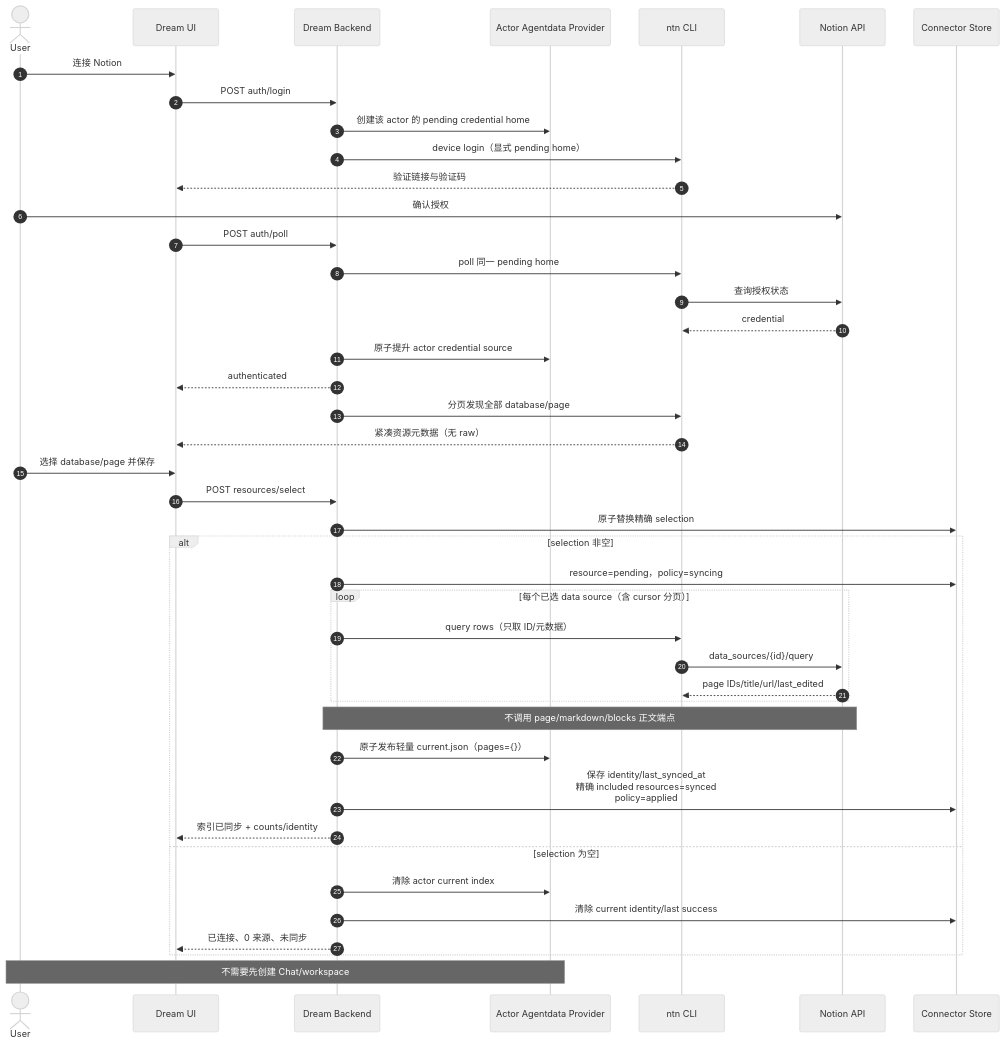
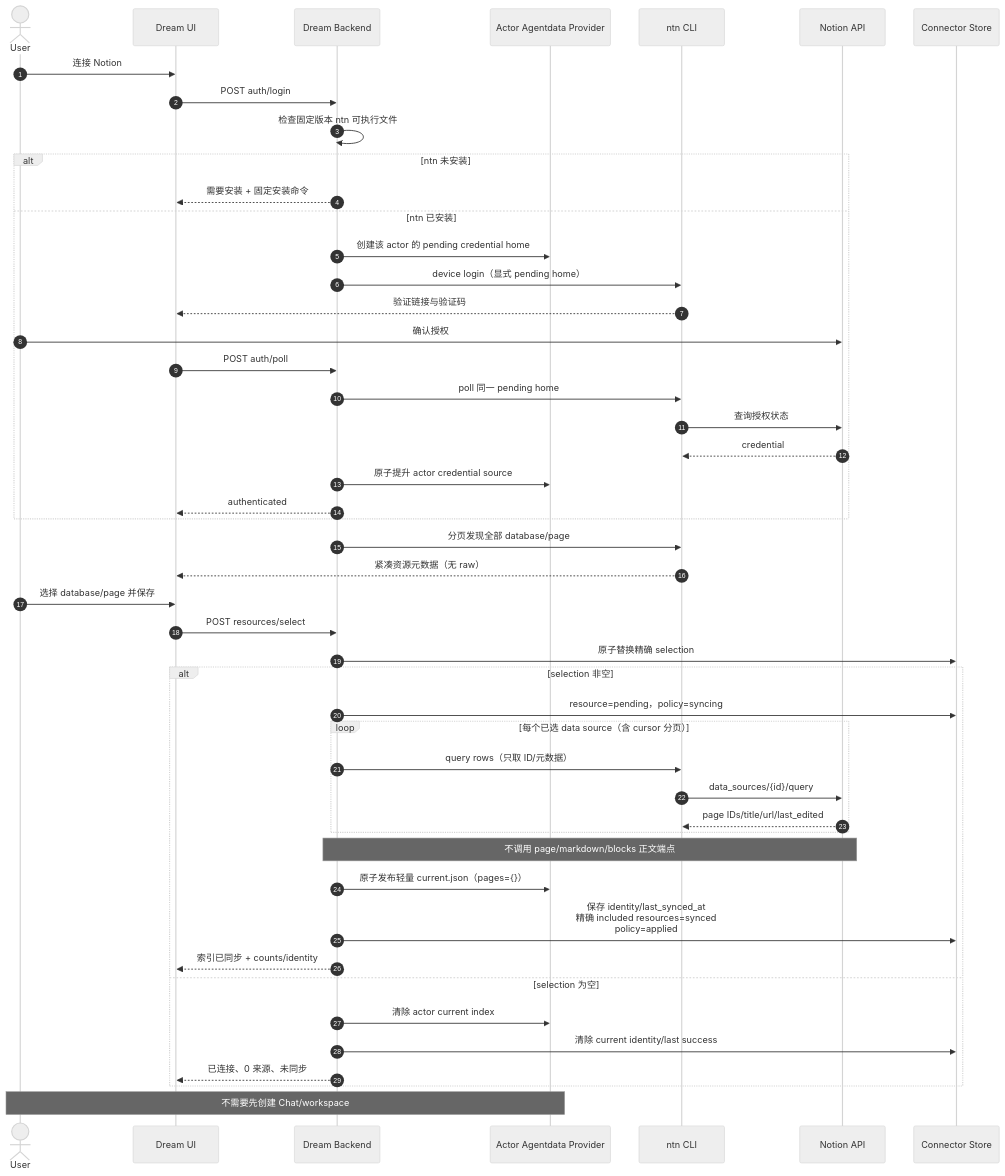
Before and after one commit to glide-the/im-dream: the first of 3 diagrams in docs/design/notion-session/runtime-credential-and-skill-sequence.md, drawn with Mermaid (neutral theme). The commit also changed other lines of this file and 44 other files, not shown here.

````diff
--- a/docs/design/notion-session/runtime-credential-and-skill-sequence.md
+++ b/docs/design/notion-session/runtime-credential-and-skill-sequence.md
@@ -11,47 +13,52 @@
 ```mermaid
 sequenceDiagram
     autonumber
     actor User
     participant UI as Dream UI
     participant Backend as Dream Backend
     participant Provider as Actor Agentdata Provider
     participant CLI as ntn CLI
     participant Notion as Notion API
     participant Store as Connector Store
 
     User->>UI: 连接 Notion
     UI->>Backend: POST auth/login
+    Backend->>Backend: 检查固定版本 ntn 可执行文件
+    alt ntn 未安装
+        Backend-->>UI: 需要安装 + 固定安装命令
+    else ntn 已安装
     Backend->>Provider: 创建该 actor 的 pending credential home
     Backend->>CLI: device login（显式 pending home）
     CLI-->>UI: 验证链接与验证码
     User->>Notion: 确认授权
     UI->>Backend: POST auth/poll
     Backend->>CLI: poll 同一 pending home
     CLI->>Notion: 查询授权状态
     Notion-->>CLI: credential
     Backend->>Provider: 原子提升 actor credential source
     Backend-->>UI: authenticated
+    end
 
     Backend->>CLI: 分页发现全部 database/page
     CLI-->>UI: 紧凑资源元数据（无 raw）
     User->>UI: 选择 database/page 并保存
     UI->>Backend: POST resources/select
     Backend->>Store: 原子替换精确 selection
     alt selection 非空
         Backend->>Store: resource=pending，policy=syncing
         loop 每个已选 data source（含 cursor 分页）
             Backend->>CLI: query rows（只取 ID/元数据）
             CLI->>Notion: data_sources/{id}/query
             Notion-->>CLI: page IDs/title/url/last_edited
         end
         Note over Backend,Notion: 不调用 page/markdown/blocks 正文端点
         Backend->>Provider: 原子发布轻量 current.json（pages={}）
         Backend->>Store: 保存 identity/last_synced_at<br/>精确 included resources=synced<br/>policy=applied
         Backend-->>UI: 索引已同步 + counts/identity
     else selection 为空
         Backend->>Provider: 清除 actor current index
         Backend->>Store: 清除 current identity/last success
         Backend-->>UI: 已连接、0 来源、未同步
     end
     Note over User,Provider: 不需要先创建 Chat/workspace
 ```
````
